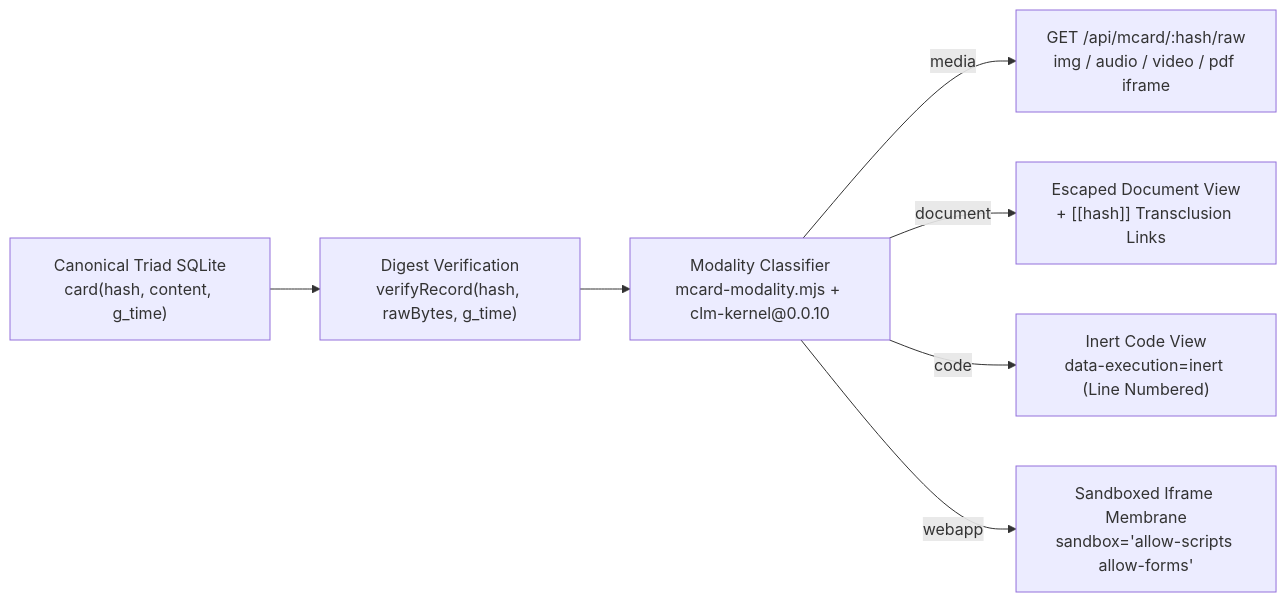
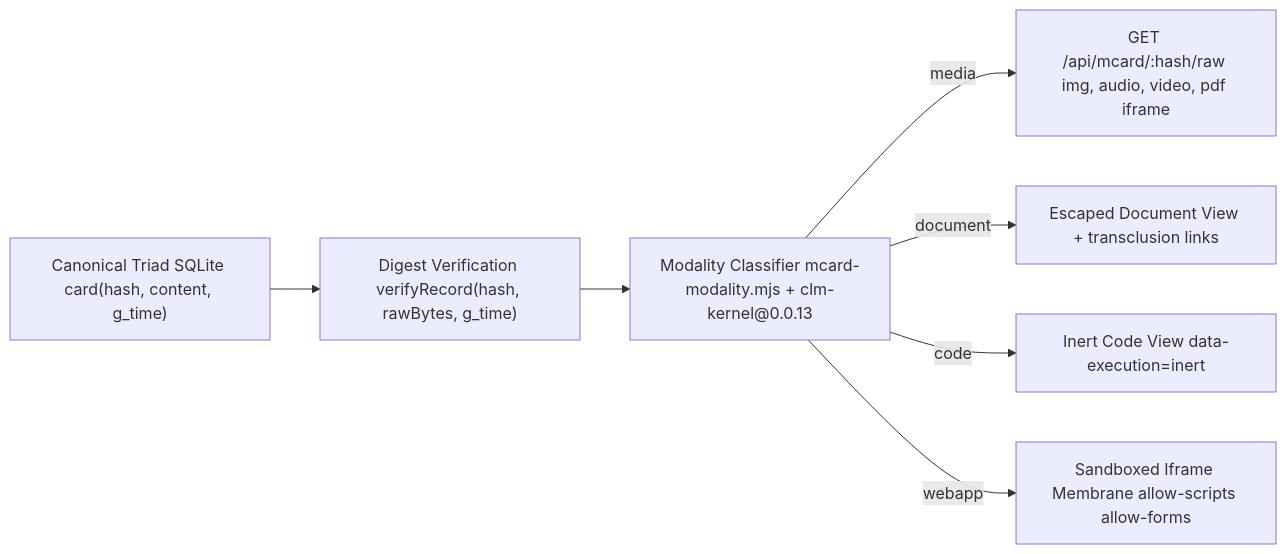
Before and after one commit to xlp0/LandingPage: the diagram in docs/01-architecture/UNIVERSAL_MCARD_BROWSER_ARCHITECTURE.md, drawn with Mermaid. The commit also changed other lines of this file and 79 other files, not shown here.

Commit message:
feat(gqc-07): complete documentation gates and synchronize consumer pin to clm-kernel@0.0.13

````diff
--- a/docs/01-architecture/UNIVERSAL_MCARD_BROWSER_ARCHITECTURE.md
+++ b/docs/01-architecture/UNIVERSAL_MCARD_BROWSER_ARCHITECTURE.md
@@ -32,9 +36,9 @@
 ```mermaid
 flowchart LR
-  SQLite["Canonical Triad SQLite\ncard(hash, content, g_time)"] --> Verify["Digest Verification\nverifyRecord(hash, rawBytes, g_time)"]
-  Verify --> Classify["Modality Classifier\nmcard-modality.mjs + clm-kernel@0.0.10"]
-  Classify -->|media| MediaOut["GET /api/mcard/:hash/raw\nimg / audio / video / pdf iframe"]
-  Classify -->|document| DocOut["Escaped Document View\n+ [[hash]] Transclusion Links"]
-  Classify -->|code| CodeOut["Inert Code View\ndata-execution=inert (Line Numbered)"]
-  Classify -->|webapp| WebappOut["Sandboxed Iframe Membrane\nsandbox='allow-scripts allow-forms'"]
+  SQLite["Canonical Triad SQLite card(hash, content, g_time)"] --> Verify["Digest Verification verifyRecord(hash, rawBytes, g_time)"]
+  Verify --> Classify["Modality Classifier mcard-modality.mjs + clm-kernel@0.0.13"]
+  Classify -->|"media"| MediaOut["GET /api/mcard/:hash/raw img, audio, video, pdf iframe"]
+  Classify -->|"document"| DocOut["Escaped Document View + transclusion links"]
+  Classify -->|"code"| CodeOut["Inert Code View data-execution=inert"]
+  Classify -->|"webapp"| WebappOut["Sandboxed Iframe Membrane allow-scripts allow-forms"]
 ```
````
